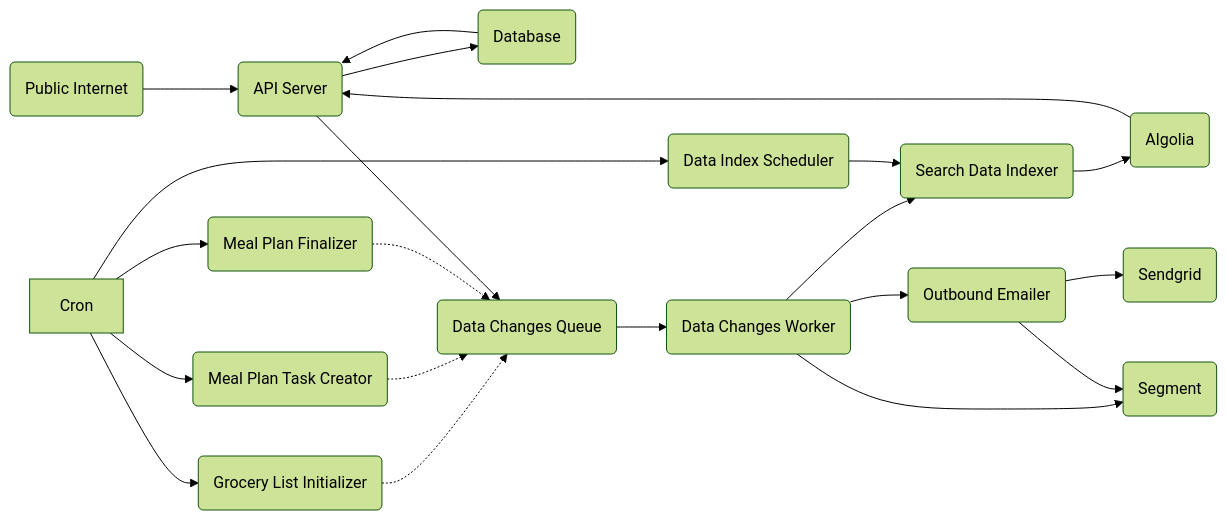
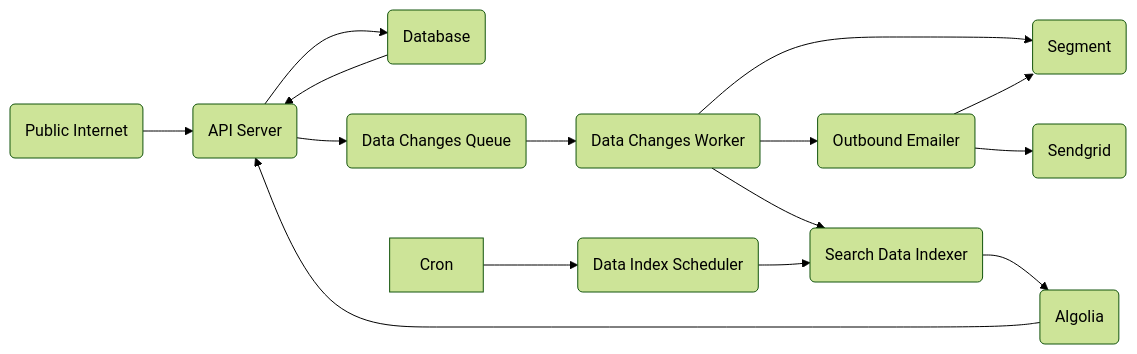
Before and after one commit to primandproper/nosmallparts: the diagram in backend/README.md, drawn with Mermaid (forest theme). The commit also changed 45 other files, not shown here.

````diff
--- a/backend/README.md
+++ b/backend/README.md
@@ -32,37 +32,28 @@
 ```mermaid
 flowchart LR
     PublicInternet("Public Internet")
     APIServer("API Server")
     Sendgrid("Sendgrid")
     Segment("Segment")
     Algolia("Algolia")
     Database("Database")
     DataChangesQueue("Data Changes Queue")
     DataChangesWorker("Data Changes Worker")
-    MealPlanFinalizerWorker("Meal Plan Finalizer")
-    MealPlanGroceryListInitializerWorker("Grocery List Initializer")
-    MealPlanTaskCreatorWorker("Meal Plan Task Creator")
     OutboundEmailerWorker("Outbound Emailer")
     SearchDataIndexSchedulerWorker("Data Index Scheduler")
     SearchDataIndexerWorker("Search Data Indexer")
     PublicInternet-->APIServer
-    Cron-->MealPlanGroceryListInitializerWorker
     Cron-->SearchDataIndexSchedulerWorker
-    Cron-->MealPlanTaskCreatorWorker
-    Cron-->MealPlanFinalizerWorker
     DataChangesWorker-->OutboundEmailerWorker
     DataChangesWorker-->SearchDataIndexerWorker
-    MealPlanGroceryListInitializerWorker-.->DataChangesQueue
-    MealPlanTaskCreatorWorker-.->DataChangesQueue
-    MealPlanFinalizerWorker-.->DataChangesQueue
     SearchDataIndexSchedulerWorker-->SearchDataIndexerWorker
     SearchDataIndexerWorker-->Algolia
     DataChangesQueue-->DataChangesWorker
     DataChangesWorker-->Segment
     OutboundEmailerWorker-->Segment
     OutboundEmailerWorker-->Sendgrid
     Algolia-->APIServer
     APIServer-->Database
     Database-->APIServer
     APIServer-->DataChangesQueue
 ```
````
